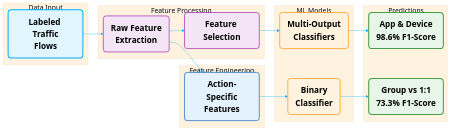
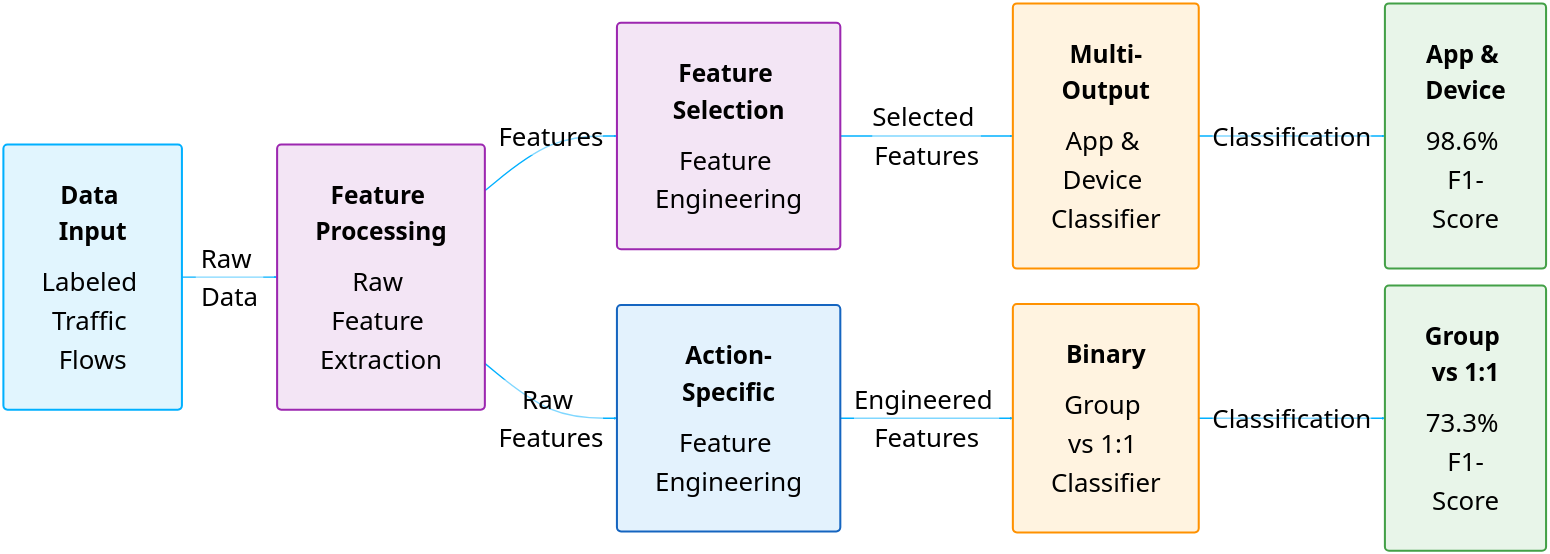
The third of 3 diagrams in presentations/nim-presentation.md (cenab/nim-presentation), drawn with Mermaid before and after one commit. The commit also changed other lines of this file, not shown here.

Commit message:
graph changes

````diff
--- a/presentations/nim-presentation.md
+++ b/presentations/nim-presentation.md
@@ -523,81 +519,74 @@
 ```mermaid
 %%{init: {
   'theme': 'base',
   'themeVariables': {
     'primaryColor': '#e1f5fe',
     'primaryTextColor': '#000',
     'primaryBorderColor': '#00b0ff',
     'lineColor': '#00b0ff',
     'secondaryColor': '#f3e5f5',
     'tertiaryColor': '#fff3e0',
-    'fontSize': '20px',
-    'messageFontSize': '20px',
+    'fontSize': '40px',
+    'messageFontSize': '40px',
     'messageFont': 'arial',
-    'nodeFontSize': '20px'
+    'nodeFontSize': '40px',
+    'edgeLabelBackground': '#ffffff',
+    'lineWidth': '20px'
   },
   'flowchart': {
-    'nodeSpacing': 20,
-    'rankSpacing': 30,
-    'padding': 5,
-    'width': 1200,
-    'height': 400,
-    'diagramPadding': 0,
+    'nodeSpacing': 50,
+    'rankSpacing': 80,
+    'padding': 20,
+    'width': 1600,
+    'height': 500,
+    'diagramPadding': 10,
     'htmlLabels': true,
     'curve': 'basis'
   }
 }}%%
 graph LR
-    subgraph Input["Data Input"]
-        A["<div style='font-size: 1.2em; padding: 0.5em;'>Labeled Traffic<br>Flows</div>"]
-    end
+    %% Input Stage
+    A["<div style='padding: 1.8em; min-width: 250px;'><h3 style='margin:0; color: #0277bd; font-size: 1.8em;'>Data Input</h3><div style='font-size: 1.9em; margin-top: 0.5em;'>Labeled Traffic Flows</div></div>"]
 
-    subgraph Features["Feature Processing"]
-        B["<div style='font-size: 1.2em; padding: 0.5em;'>Raw Feature<br>Extraction</div>"]
-        C["<div style='font-size: 1.2em; padding: 0.5em;'>Feature Selection</div>"]
-    end
+    %% Feature Processing Stage
+    B["<div style='padding: 1.8em; min-width: 250px;'><h3 style='margin:0; color: #7b1fa2; font-size: 1.8em;'>Feature Processing</h3><div style='font-size: 1.9em; margin-top: 0.5em;'>Raw Feature Extraction</div></div>"]
+    C["<div style='padding: 1.8em; min-width: 250px;'><h3 style='margin:0; color: #7b1fa2; font-size: 1.8em;'>Feature Selection</h3><div style='font-size: 1.9em; margin-top: 0.5em;'>Feature Engineering</div></div>"]
 
-    subgraph Models["ML Models"]
-        D["<div style='font-size: 1.2em; padding: 0.5em;'>Multi-Output<br>Classifiers</div>"]
-        G["<div style='font-size: 1.2em; padding: 0.5em;'>Binary<br>Classifier</div>"]
-    end
+    %% Models Stage
+    D["<div style='padding: 1.8em; min-width: 250px;'><h3 style='margin:0; color: #ef6c00; font-size: 1.8em;'>Multi-Output</h3><div style='font-size: 1.9em; margin-top: 0.5em;'>App & Device Classifier</div></div>"]
+    G["<div style='padding: 1.8em; min-width: 250px;'><h3 style='margin:0; color: #ef6c00; font-size: 1.8em;'>Binary</h3><div style='font-size: 1.9em; margin-top: 0.5em;'>Group vs 1:1 Classifier</div></div>"]
 
-    subgraph Engineering["Feature Engineering"]
-        F["<div style='font-size: 1.2em; padding: 0.5em;'>Action-Specific<br>Features</div>"]
-    end
+    %% Engineering Stage
+    F["<div style='padding: 1.8em; min-width: 250px;'><h3 style='margin:0; color: #1565c0; font-size: 1.8em;'>Action-Specific</h3><div style='font-size: 1.9em; margin-top: 0.5em;'>Feature Engineering</div></div>"]
 
-    subgraph Predictions["Predictions"]
-        E["<div style='font-size: 1.2em; padding: 0.5em;'>App & Device<br>98.6% F1-Score</div>"]
-        H["<div style='font-size: 1.2em; padding: 0.5em;'>Group vs 1:1<br>73.3% F1-Score</div>"]
-    end
+    %% Output Stage
+    E["<div style='padding: 1.8em; min-width: 250px;'><h3 style='margin:0; color: #2e7d32; font-size: 1.8em;'>App & Device</h3><div style='font-size: 1.9em; margin-top: 0.5em;'>98.6% F1-Score</div></div>"]
+    H["<div style='padding: 1.8em; min-width: 250px;'><h3 style='margin:0; color: #2e7d32; font-size: 1.8em;'>Group vs 1:1</h3><div style='font-size: 1.9em; margin-top: 0.5em;'>73.3% F1-Score</div></div>"]
 
-    A --> B
-    B --> C
-    C --> D
-    D --> E
+    %% Connections with descriptive labels
+    A --> |"<div style='font-size: 1.9em;'>Raw Data</div>"| B
+    B --> |"<div style='font-size: 1.9em;'>Features</div>"| C
+    C --> |"<div style='font-size: 1.9em;'>Selected Features</div>"| D
+    D --> |"<div style='font-size: 1.9em;'>Classification</div>"| E
     
-    B --> F
-    F --> G
-    G --> H
+    B --> |"<div style='font-size: 1.9em;'>Raw Features</div>"| F
+    F --> |"<div style='font-size: 1.9em;'>Engineered Features</div>"| G
+    G --> |"<div style='font-size: 1.9em;'>Classification</div>"| H
 
-    classDef input fill:#e1f5fe,stroke:#00b0ff,stroke-width:3px,rx:10,ry:10
-    classDef features fill:#f3e5f5,stroke:#9c27b0,stroke-width:2px,rx:8,ry:8
-    classDef models fill:#fff3e0,stroke:#ff9100,stroke-width:2px,rx:8,ry:8
-    classDef engineering fill:#e3f2fd,stroke:#1565c0,stroke-width:2px,rx:8,ry:8
-    classDef predictions fill:#e8f5e9,stroke:#43a047,stroke-width:3px,rx:10,ry:10
+    %% Styling definitions with thicker borders
+    classDef input fill:#e1f5fe,stroke:#00b0ff,stroke-width:6px,rx:12,ry:12
+    classDef features fill:#f3e5f5,stroke:#9c27b0,stroke-width:6px,rx:12,ry:12
+    classDef models fill:#fff3e0,stroke:#ff9100,stroke-width:6px,rx:12,ry:12
+    classDef engineering fill:#e3f2fd,stroke:#1565c0,stroke-width:6px,rx:12,ry:12
+    classDef output fill:#e8f5e9,stroke:#43a047,stroke-width:6px,rx:12,ry:12
 
+    %% Apply styles to nodes
     class A input
     class B,C features
     class D,G models
     class F engineering
-    class E,H predictions
+    class E,H output
 
-    %% Add styling for better text visibility
-    style A font-weight:bold,font-size:20px
-    style B font-weight:bold,font-size:20px
-    style C font-weight:bold,font-size:20px
-    style D font-weight:bold,font-size:20px
-    style E font-weight:bold,font-size:20px
-    style F font-weight:bold,font-size:20px
-    style G font-weight:bold,font-size:20px
-    style H font-weight:bold,font-size:20px
+    %% Link styling
+    linkStyle default stroke-width:4px
 ```
````
